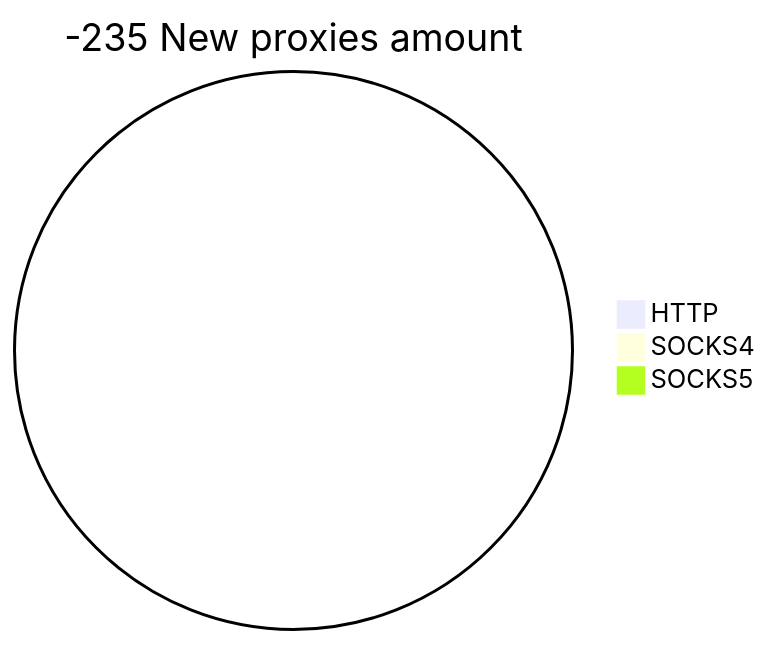
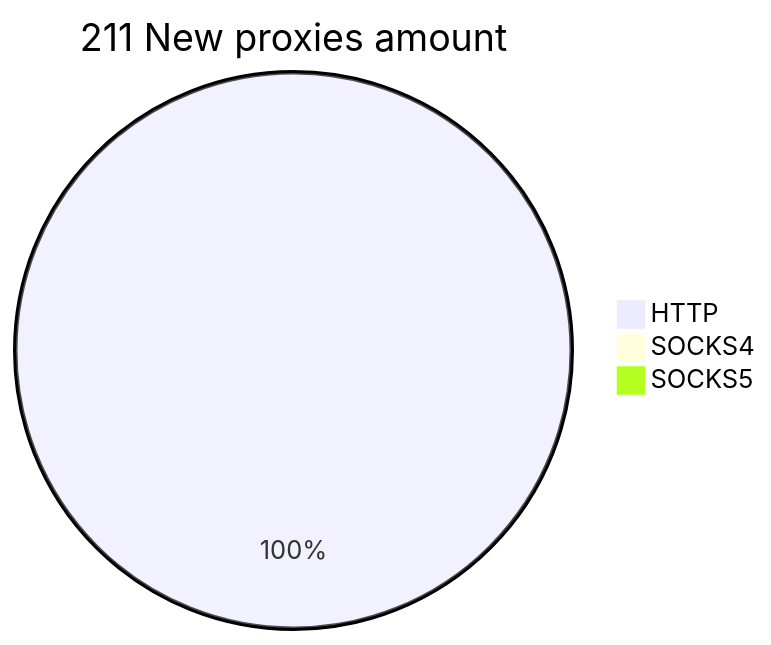
The second of 2 diagrams in README.md (cutipu/proxylist), drawn with Mermaid before and after one commit. The commit also changed other lines of this file, not shown here.

````diff
--- a/README.md
+++ b/README.md
@@ -10,6 +10,6 @@
 ```mermaid
-pie title -235 New proxies amount
-    "HTTP" : 0
+pie title 211 New proxies amount
+    "HTTP" : 211
     "SOCKS4" : 0
-    "SOCKS5" : 0
+    "SOCKS5" : 1
 ```
````
